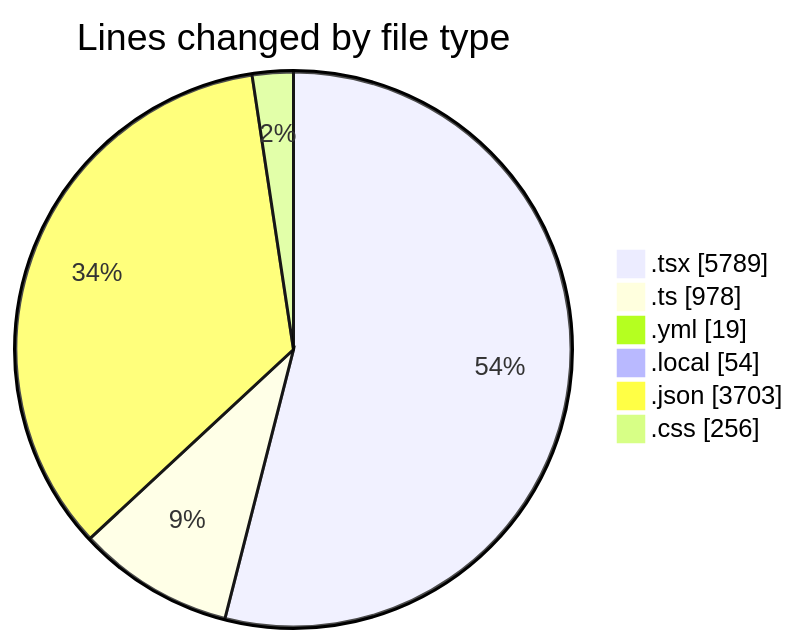
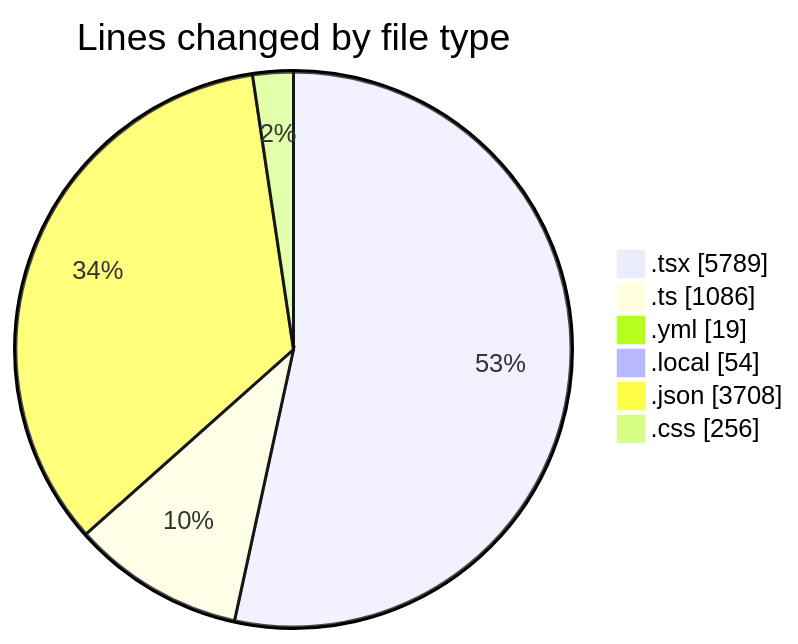
The first of 2 diagrams in 2025-11-18/eventscop-frontend-guide__workspace_/README.md (julien-gomy/code-tracking), drawn with Mermaid before and after one commit. The commit also changed other lines of this file and 1 other file, not shown here.

````diff
--- a/2025-11-18/eventscop-frontend-guide__workspace_/README.md
+++ b/2025-11-18/eventscop-frontend-guide__workspace_/README.md
@@ -72,10 +76,10 @@
 ```mermaid
 pie showData
 title Lines changed by file type
 ".tsx" : 5789
-".ts" : 978
+".ts" : 1086
 ".yml" : 19
 ".local" : 54
-".json" : 3703
+".json" : 3708
 ".css" : 256
 ```
````
